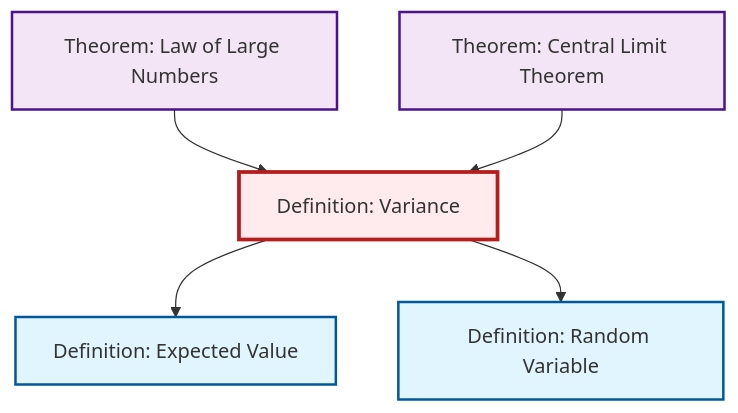
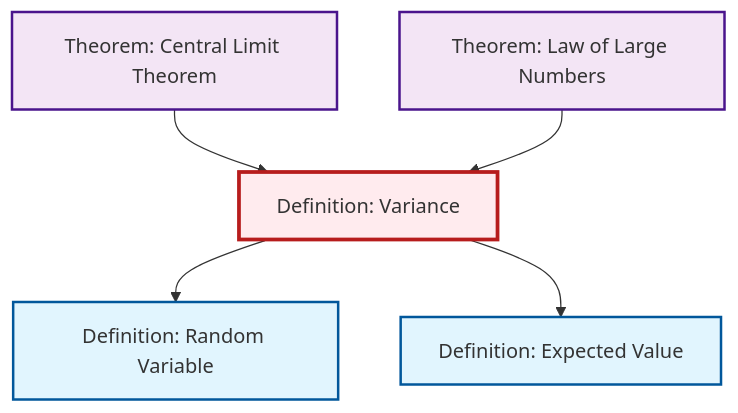
Before and after one commit to RK0429/ModernMath: the second of 2 diagrams in content/ja/probability-statistics/def-variance.qmd, drawn with Mermaid. The commit also changed other lines of this file and 619 other files, not shown here.

````diff
--- a/content/ja/probability-statistics/def-variance.qmd
+++ b/content/ja/probability-statistics/def-variance.qmd
@@ -102,23 +102,23 @@
 ```{mermaid}
 %%| fig-cap: "Local dependency graph"
 graph TD
     classDef definition fill:#e1f5fe,stroke:#01579b,stroke-width:2px
     classDef theorem fill:#f3e5f5,stroke:#4a148c,stroke-width:2px
     classDef axiom fill:#fff3e0,stroke:#e65100,stroke-width:2px
     classDef example fill:#e8f5e9,stroke:#1b5e20,stroke-width:2px
     classDef current fill:#ffebee,stroke:#b71c1c,stroke-width:3px
+    thm-central-limit["Theorem: Central Limit Theorem"]:::theorem
     thm-law-of-large-numbers["Theorem: Law of Large Numbers"]:::theorem
-    def-variance["Definition: Variance"]:::definition
     def-expectation["Definition: Expected Value"]:::definition
     def-random-variable["Definition: Random Variable"]:::definition
-    thm-central-limit["Theorem: Central Limit Theorem"]:::theorem
-    def-variance --> def-expectation
+    def-variance["Definition: Variance"]:::definition
+    thm-central-limit --> def-variance
     thm-law-of-large-numbers --> def-variance
     def-variance --> def-random-variable
-    thm-central-limit --> def-variance
+    def-variance --> def-expectation
     class def-variance current
+    click thm-central-limit "thm-central-limit.html" "Theorem: Central Limit Theoremへ"
     click thm-law-of-large-numbers "thm-law-of-large-numbers.html" "Theorem: Law of Large Numbersへ"
     click def-expectation "def-expectation.html" "Definition: Expected Valueへ"
     click def-random-variable "def-random-variable.html" "Definition: Random Variableへ"
-    click thm-central-limit "thm-central-limit.html" "Theorem: Central Limit Theoremへ"
 ```
````
